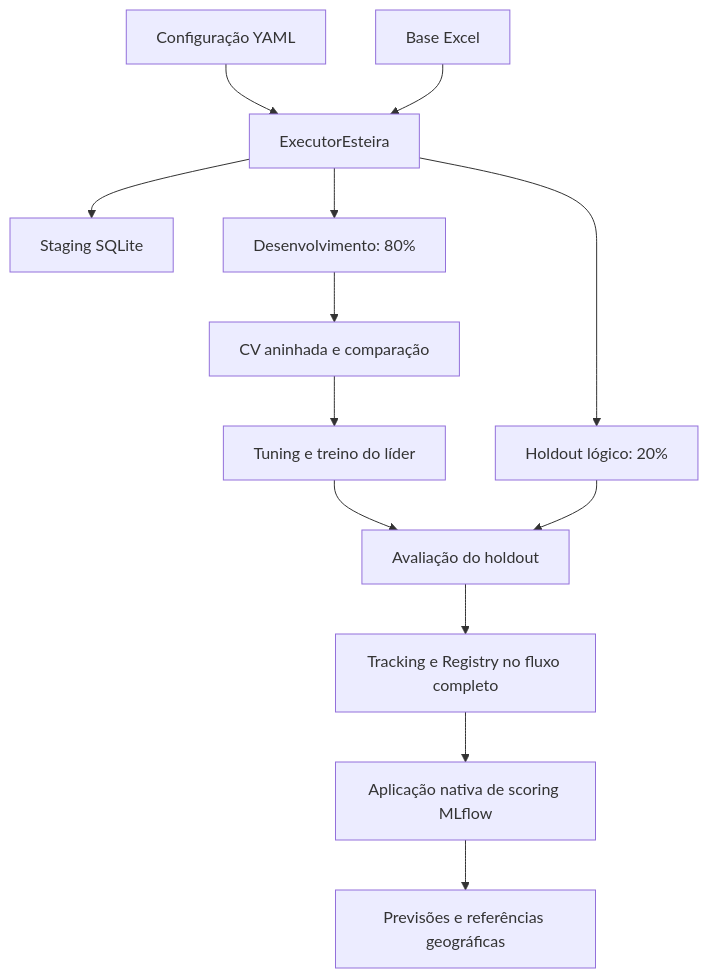
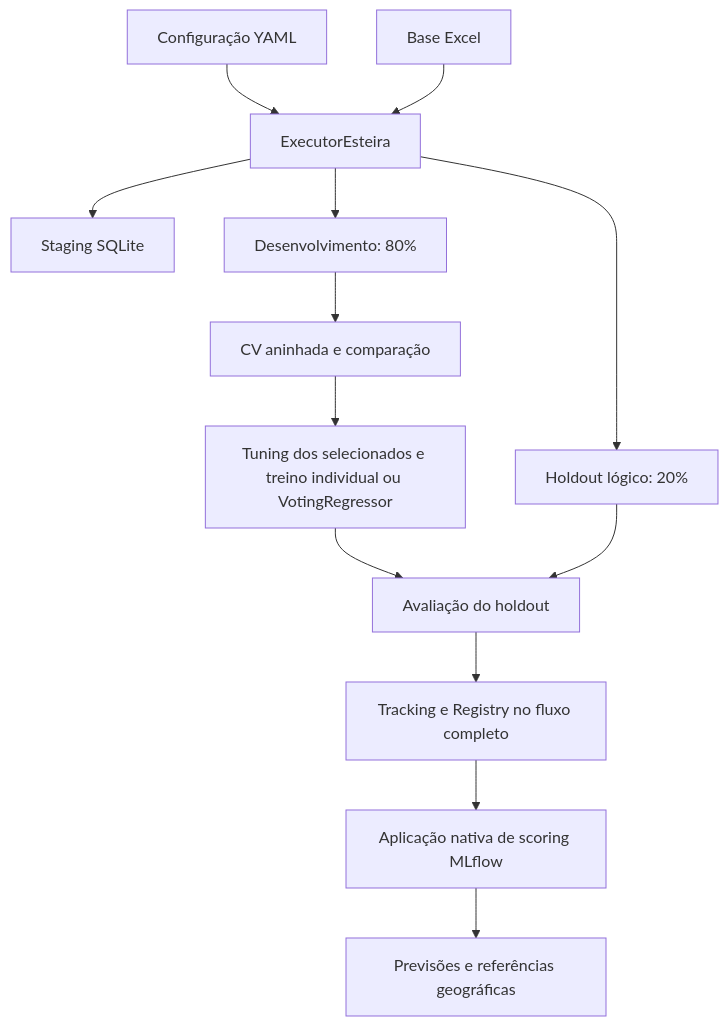
One commit to rodrigorocha1234/machine-learning-previsao_preco_ap_v3 changed the first of 2 diagrams in production_artifacts/Architecture.md. Above: the diagram before and after it, drawn with Mermaid. The commit also changed other lines of this file and 18 other files, not shown here.

````diff
--- a/production_artifacts/Architecture.md
+++ b/production_artifacts/Architecture.md
@@ -24,15 +24,15 @@
 ```mermaid
 flowchart TD
     YAML[Configuração YAML] --> Pipeline[ExecutorEsteira]
     Excel[Base Excel] --> Pipeline
     Pipeline --> Staging[Staging SQLite]
     Pipeline --> Dev[Desenvolvimento: 80%]
     Pipeline --> Holdout[Holdout lógico: 20%]
     Dev --> CV[CV aninhada e comparação]
-    CV --> Final[Tuning e treino do líder]
+    CV --> Final[Tuning dos selecionados e treino individual ou VotingRegressor]
     Final --> Avaliacao[Avaliação do holdout]
     Holdout --> Avaliacao
     Avaliacao --> MLflow[Tracking e Registry no fluxo completo]
     MLflow --> Serving[Aplicação nativa de scoring MLflow]
     Serving --> API[Previsões e referências geográficas]
 ```
````
